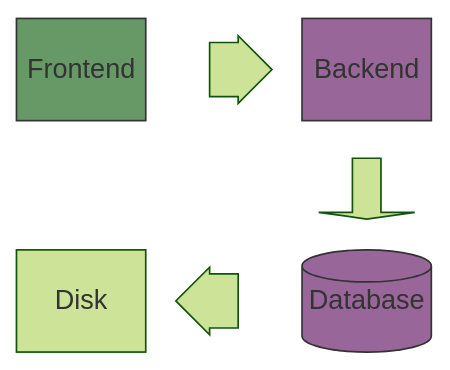
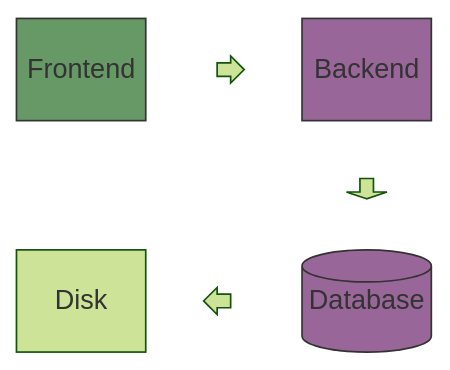
The second of 2 diagrams in packages/mermaid/src/docs/syntax/block.md (mermaid-js/mermaid), drawn with Mermaid (forest theme) before and after one commit. The commit also changed other lines of this file and 4 other files, not shown here.

````diff
--- a/packages/mermaid/src/docs/syntax/block.md
+++ b/packages/mermaid/src/docs/syntax/block.md
@@ -403,12 +390,12 @@
 ```mermaid
 block-beta
   columns 3
-  Frontend blockArrowId6<["&nbsp;&nbsp;"]>(right) Backend
-  space:2 down<["&nbsp;&nbsp;"]>(down)
-  Disk left<["&nbsp;&nbsp;"]>(left) Database[("Database")]
+  Frontend blockArrowId6<[" "]>(right) Backend
+  space:2 down<[" "]>(down)
+  Disk left<[" "]>(left) Database[("Database")]
 
   classDef front fill:#696,stroke:#333;
   classDef back fill:#969,stroke:#333;
   class Frontend front
   class Backend,Database back
 ```
````
